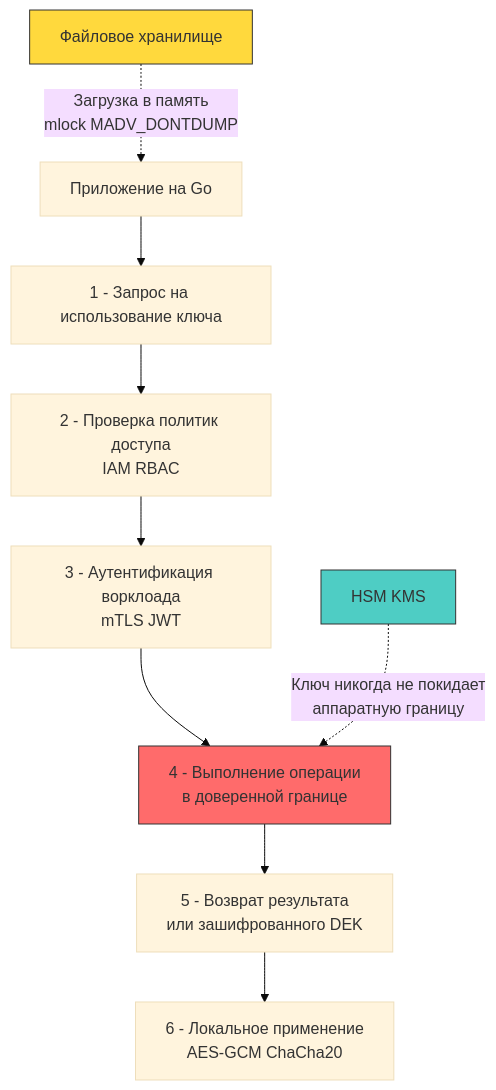
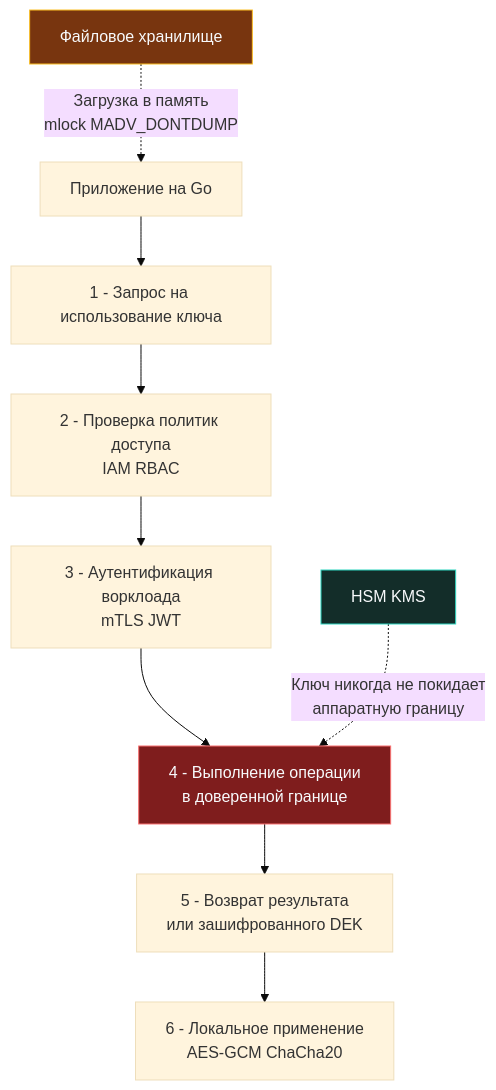
The diagram in sources/17. Безопасность (AppSec в Go)/06. Инфраструктура и секреты/3. Хранение ключей.md (UnrealTemplier/go-textbook), drawn with Mermaid (base theme) before and after one commit. The commit also changed 310 other files, not shown here.

First line of the commit message:
fix(mermaid): replace light fill colors with dark palette for readability on dark theme

````diff
--- a/sources/17. Безопасность (AppSec в Go)/06. Инфраструктура и секреты/3. Хранение ключей.md
+++ b/sources/17. Безопасность (AppSec в Go)/06. Инфраструктура и секреты/3. Хранение ключей.md
@@ -7,16 +7,16 @@
 ```mermaid
 flowchart TD
     A["Приложение на Go"] --> B["1 - Запрос на использование ключа"]
     B --> C["2 - Проверка политик доступа<br>IAM RBAC"]
     C --> D["3 - Аутентификация ворклоада<br>mTLS JWT"]
     D --> E["4 - Выполнение операции<br>в доверенной границе"]
     E --> F["5 - Возврат результата<br>или зашифрованного DEK"]
     F --> G["6 - Локальное применение<br>AES-GCM ChaCha20"]
     
     H["HSM KMS"] -.->|"Ключ никогда не покидает<br>аппаратную границу"| E
     I["Файловое хранилище"] -.->|"Загрузка в память<br>mlock MADV_DONTDUMP"| A
     
-    style H fill:#4ecdc4,stroke:#333
-    style I fill:#ffd93d,stroke:#333
-    style E fill:#ff6b6b,stroke:#333
+    style H fill:#132d29,stroke:#2dd4bf,color:#f8fafc
+    style I fill:#78350f,stroke:#fbbf24,color:#f8fafc
+    style E fill:#7f1d1d,stroke:#f87171,color:#f8fafc
 ```
````
